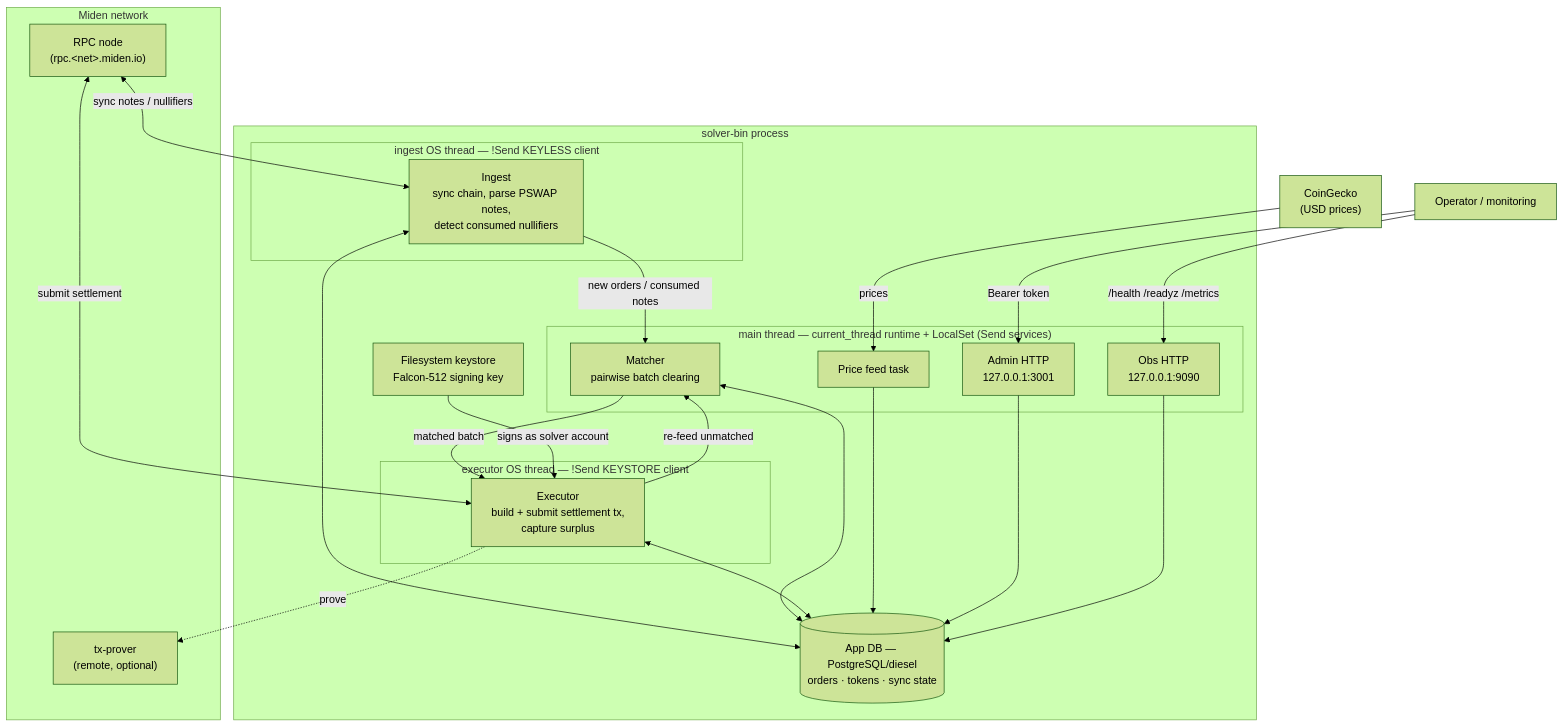
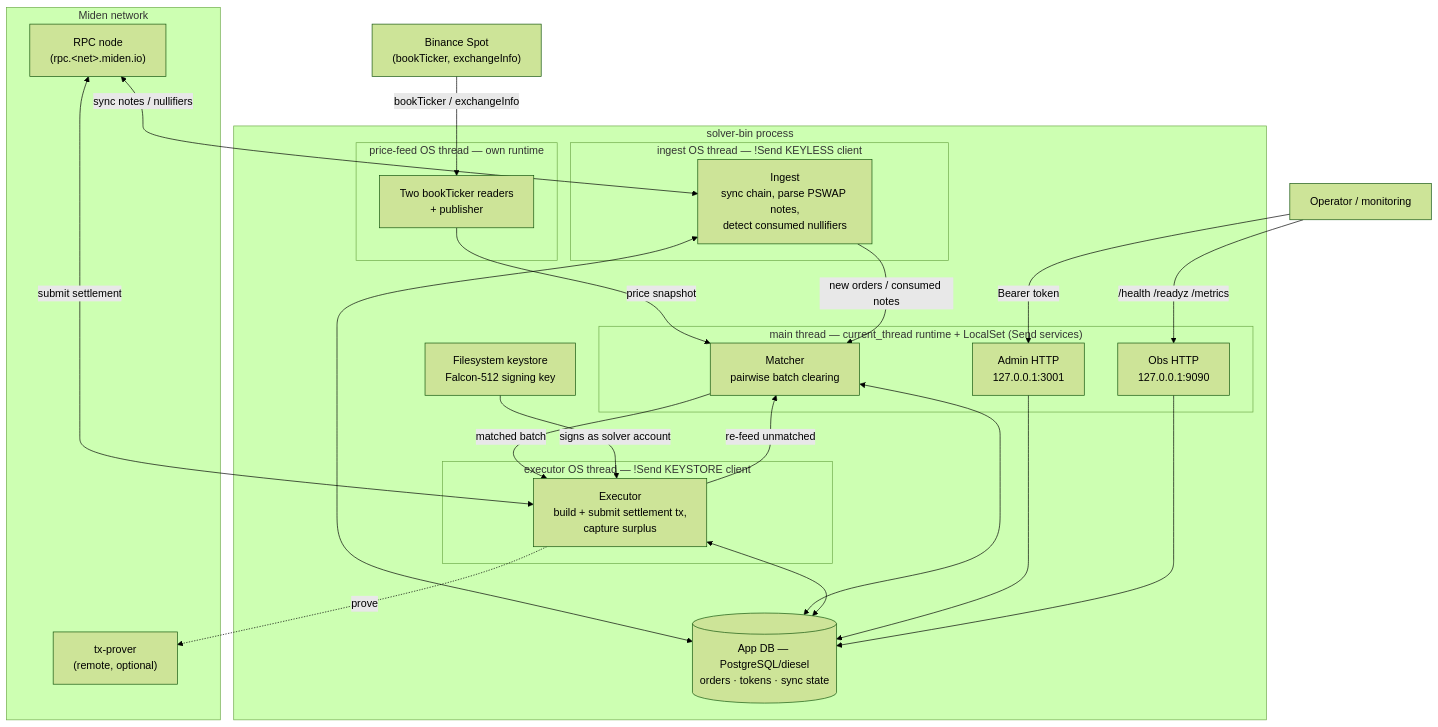
One commit to inicio-labs/solver changed the diagram in README.md. Above: the diagram before and after it, drawn with Mermaid (forest theme). The commit also changed other lines of this file and 59 other files, not shown here.

First line of the commit message:
feat(solver): price with Binance only; remove CoinGecko

````diff
--- a/README.md
+++ b/README.md
@@ -18,45 +18,47 @@
 ```mermaid
 flowchart TB
     subgraph chain["Miden network"]
         NODE["RPC node<br/>(rpc.&lt;net&gt;.miden.io)"]
         PROVER["tx-prover<br/>(remote, optional)"]
     end
-    CG["CoinGecko<br/>(USD prices)"]
+    BIN["Binance Spot<br/>(bookTicker, exchangeInfo)"]
     OPS["Operator / monitoring"]
 
     subgraph proc["solver-bin process"]
         subgraph main["main thread — current_thread runtime + LocalSet (Send services)"]
             MATCH["Matcher<br/>pairwise batch clearing"]
-            PRICE["Price feed task"]
             ADMIN["Admin HTTP<br/>127.0.0.1:3001"]
             OBS["Obs HTTP<br/>127.0.0.1:9090"]
         end
         subgraph ingestthr["ingest OS thread — !Send KEYLESS client"]
             INGEST["Ingest<br/>sync chain, parse PSWAP notes,<br/>detect consumed nullifiers"]
+        end
+        subgraph pricethr["price-feed OS thread — own runtime"]
+            PRICE["Two bookTicker readers<br/>+ publisher"]
         end
         subgraph exethr["executor OS thread — !Send KEYSTORE client"]
             EXEC["Executor<br/>build + submit settlement tx,<br/>capture surplus"]
         end
         DB[("App DB — PostgreSQL/diesel<br/>orders · tokens · sync state")]
         KS["Filesystem keystore<br/>Falcon-512 signing key"]
     end
 
     NODE <-->|sync notes / nullifiers| INGEST
     NODE <-->|submit settlement| EXEC
     EXEC -.->|prove| PROVER
-    CG -->|prices| PRICE
+    BIN -->|bookTicker / exchangeInfo| PRICE
+    PRICE -->|price snapshot| MATCH
     OPS -->|Bearer token| ADMIN
     OPS -->|/health /readyz /metrics| OBS
 
     INGEST -->|new orders / consumed notes| MATCH
     MATCH -->|matched batch| EXEC
     EXEC -->|re-feed unmatched| MATCH
     KS -->|signs as solver account| EXEC
 
     INGEST <--> DB
     MATCH <--> DB
     EXEC <--> DB
-    PRICE --> DB
     ADMIN --> DB
     OBS --> DB
 ```
````
